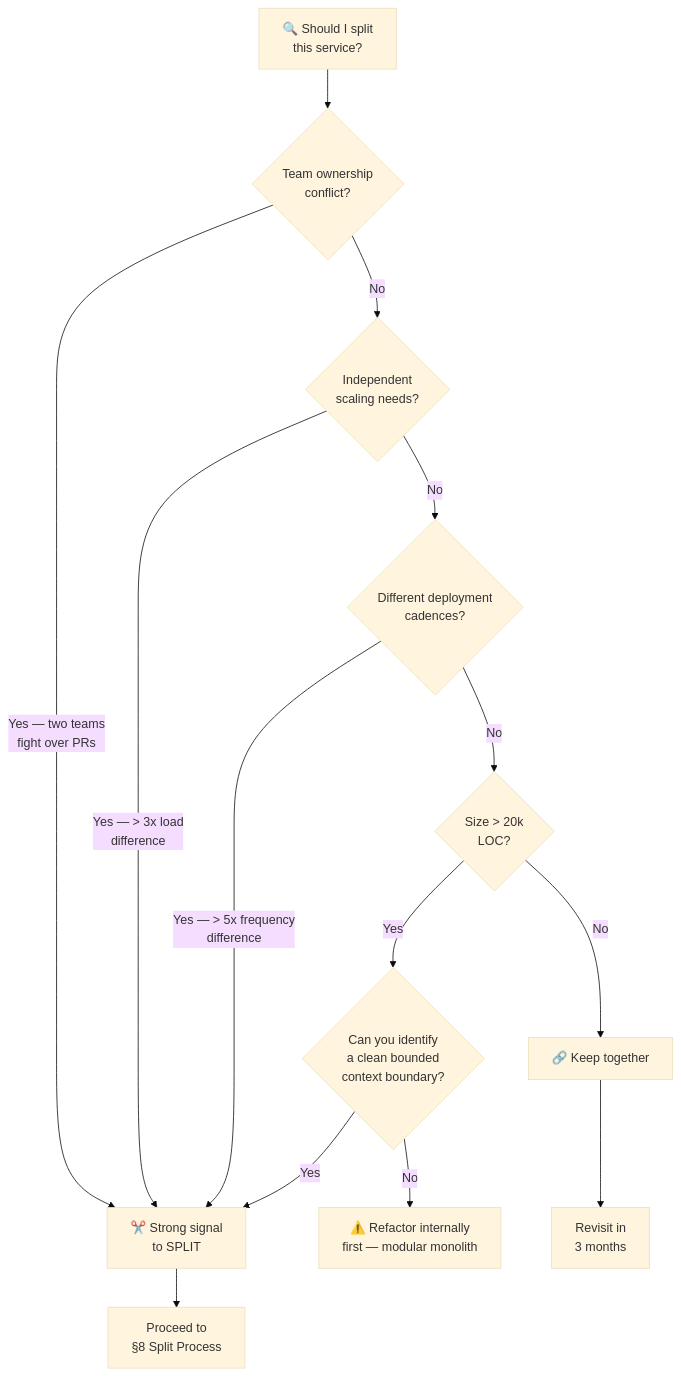
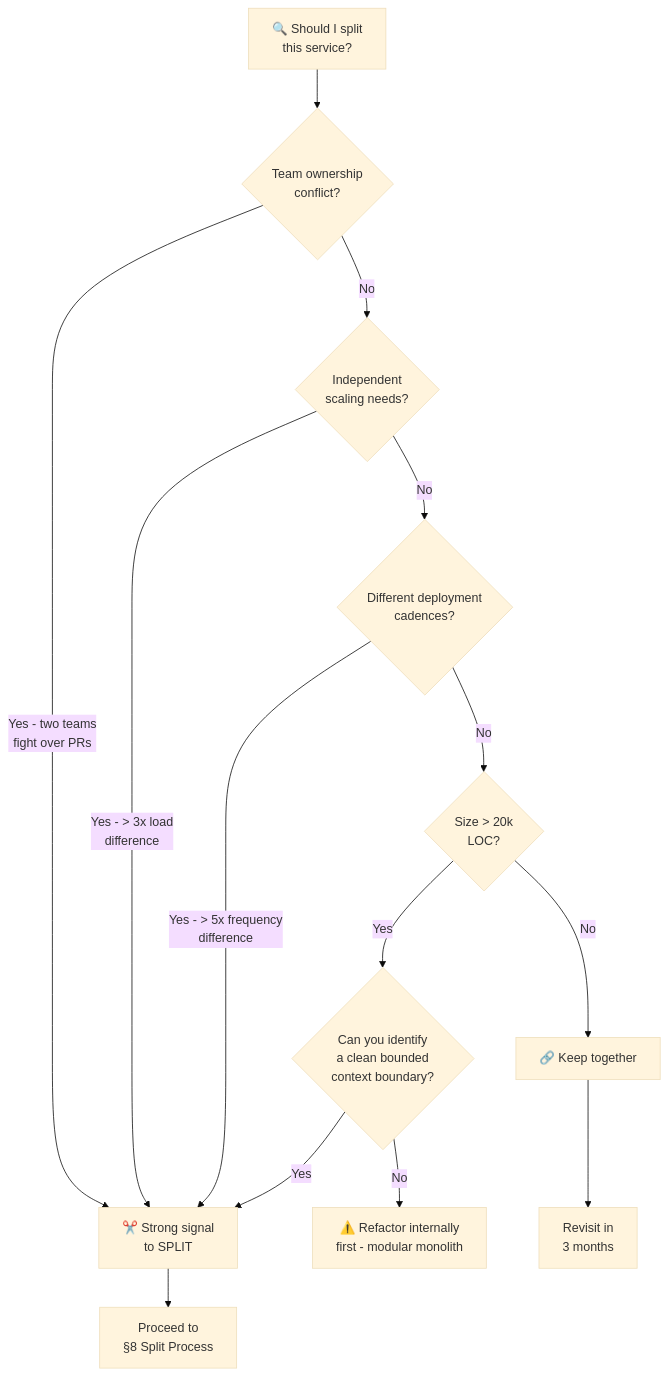
One commit to rishikeshdhokare/platform-manifesto changed the first of 4 diagrams in 02-architecture-and-api/07-service-decomposition.md. Above: the diagram before and after it, drawn with Mermaid (base theme). The commit also changed other lines of this file and 14 other files, not shown here.

````diff
--- a/02-architecture-and-api/07-service-decomposition.md
+++ b/02-architecture-and-api/07-service-decomposition.md
@@ -25,21 +25,21 @@
 ```mermaid
 flowchart TD
     Start["🔍 Should I split<br/>this service?"] --> A{"Team ownership<br/>conflict?"}
-    A -->|"Yes — two teams<br/>fight over PRs"| Split["✂️ Strong signal<br/>to SPLIT"]
+    A -->|"Yes - two teams<br/>fight over PRs"| Split["✂️ Strong signal<br/>to SPLIT"]
     A -->|"No"| B{"Independent<br/>scaling needs?"}
 
-    B -->|"Yes — > 3x load<br/>difference"| Split
+    B -->|"Yes - > 3x load<br/>difference"| Split
     B -->|"No"| C{"Different deployment<br/>cadences?"}
 
-    C -->|"Yes — > 5x frequency<br/>difference"| Split
+    C -->|"Yes - > 5x frequency<br/>difference"| Split
     C -->|"No"| D{"Size > 20k<br/>LOC?"}
 
     D -->|"Yes"| E{"Can you identify<br/>a clean bounded<br/>context boundary?"}
     D -->|"No"| Keep["🔗 Keep together"]
 
     E -->|"Yes"| Split
-    E -->|"No"| F["⚠️ Refactor internally<br/>first — modular monolith"]
+    E -->|"No"| F["⚠️ Refactor internally<br/>first - modular monolith"]
 
     Split --> G["Proceed to<br/>§8 Split Process"]
     Keep --> H["Revisit in<br/>3 months"]
 ```
````
